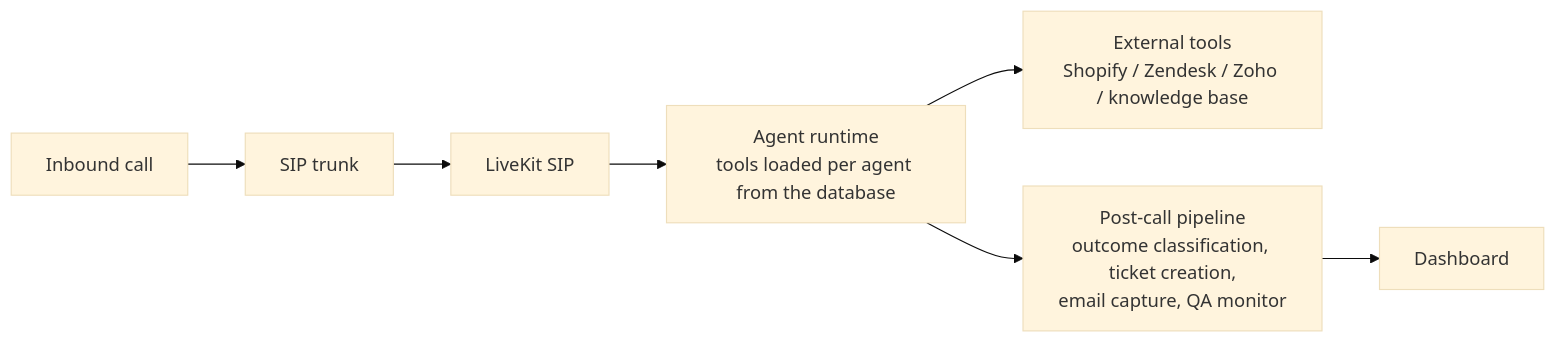
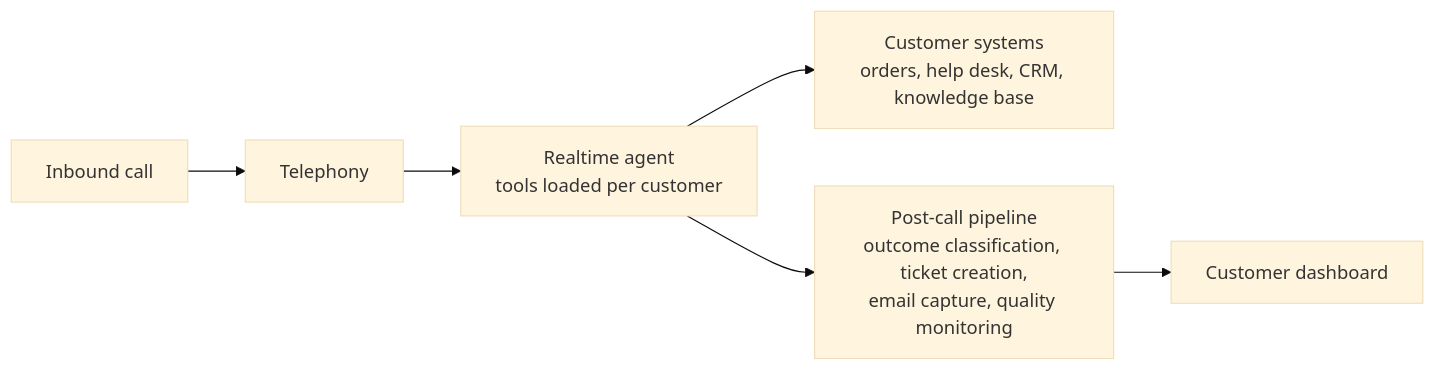
The diagram in README.md (phosteon/phosteon), drawn with Mermaid (base theme) before and after one commit. The commit also changed other lines of this file, not shown here.

Commit message:
Replace stack details with EU hosting and live-model positioning

````diff
--- a/README.md
+++ b/README.md
@@ -11,9 +11,8 @@
 ```mermaid
 flowchart LR
-    A[Inbound call] --> B[SIP trunk]
-    B --> C[LiveKit SIP]
-    C --> D[Agent runtime<br/>tools loaded per agent from the database]
-    D --> E[External tools<br/>Shopify / Zendesk / Zoho / knowledge base]
-    D --> F[Post-call pipeline<br/>outcome classification, ticket creation,<br/>email capture, QA monitor]
-    F --> G[Dashboard]
+    A[Inbound call] --> B[Telephony]
+    B --> C[Realtime agent<br/>tools loaded per customer]
+    C --> D[Customer systems<br/>orders, help desk, CRM, knowledge base]
+    C --> E[Post-call pipeline<br/>outcome classification, ticket creation,<br/>email capture, quality monitoring]
+    E --> F[Customer dashboard]
 ```
````
